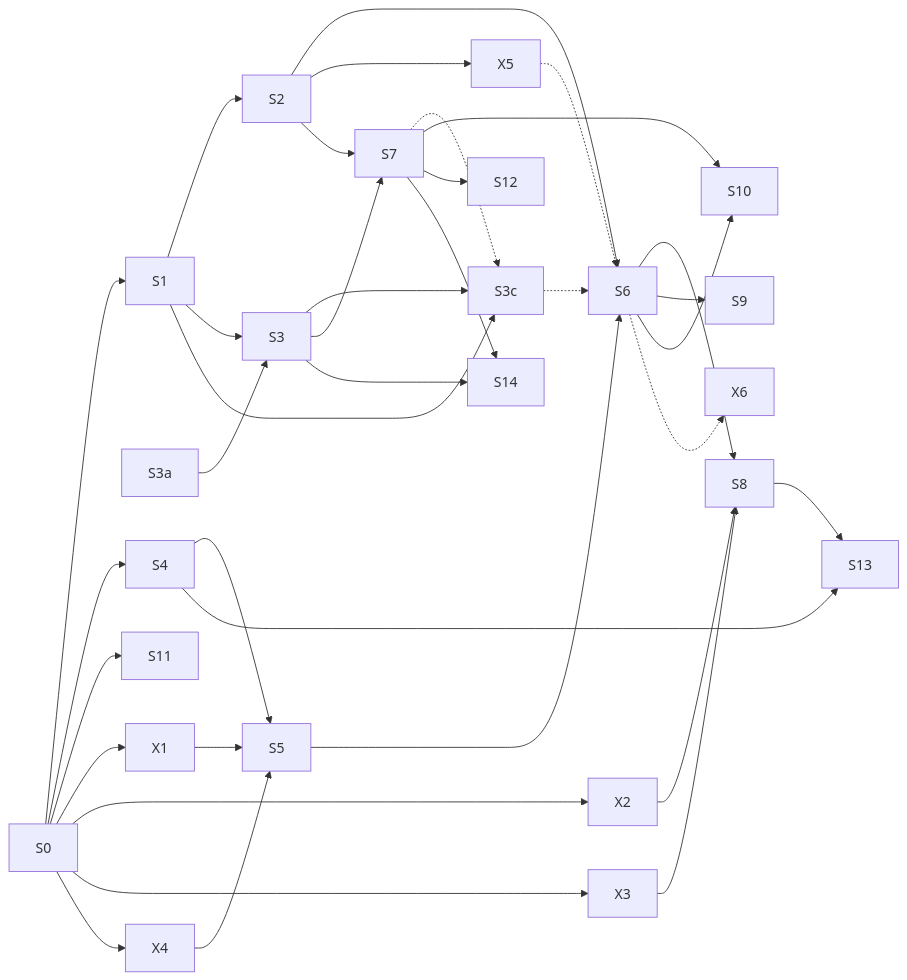
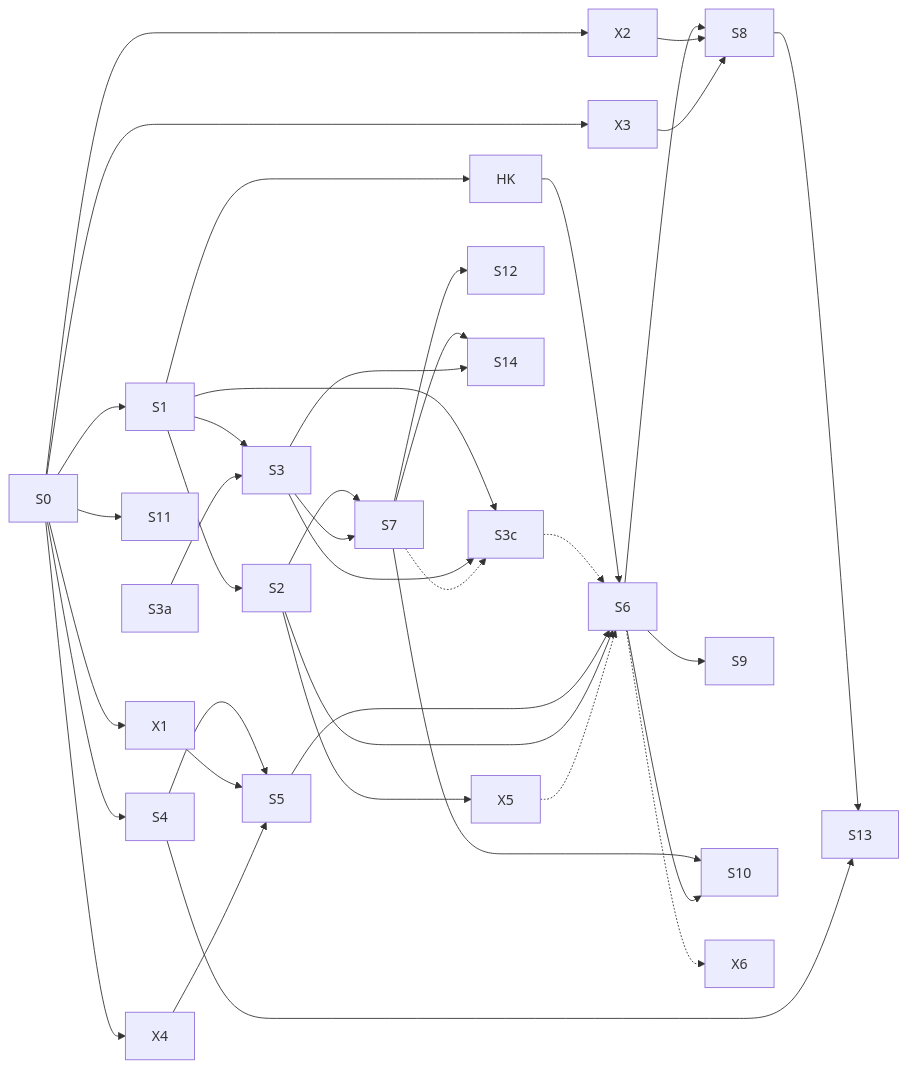
The diagram in docs/studio/04-roadmap.md (MatPizzolo/clipforge), drawn with Mermaid before and after one commit. The commit also changed other lines of this file and 15 other files, not shown here.

````diff
--- a/docs/studio/04-roadmap.md
+++ b/docs/studio/04-roadmap.md
@@ -12,34 +12,36 @@
 ```mermaid
 graph LR
   S0 --> S1 --> S2
+  S1 --> HK
+  HK --> S6
   S1 --> S3
   S3a --> S3
   S1 --> S3c
   S3 --> S3c
   S3c -.-> S6
   S7 -.-> S3c
   S0 --> S4
   S0 --> S11
   S0 --> X1 & X2 & X3 & X4
   S4 --> S5
   X1 --> S5
   X4 --> S5
   S5 --> S6
   S2 --> S6
   S2 --> X5
   X5 -.-> S6
   S6 --> S8
   X2 --> S8
   X3 --> S8
   S6 --> S9
   S2 --> S7
   S3 --> S7
   S7 --> S10
   S6 --> S10
   S7 --> S12
   S8 --> S13
   S4 --> S13
   S7 --> S14
   S3 --> S14
   S6 -.-> X6
 ```
````
